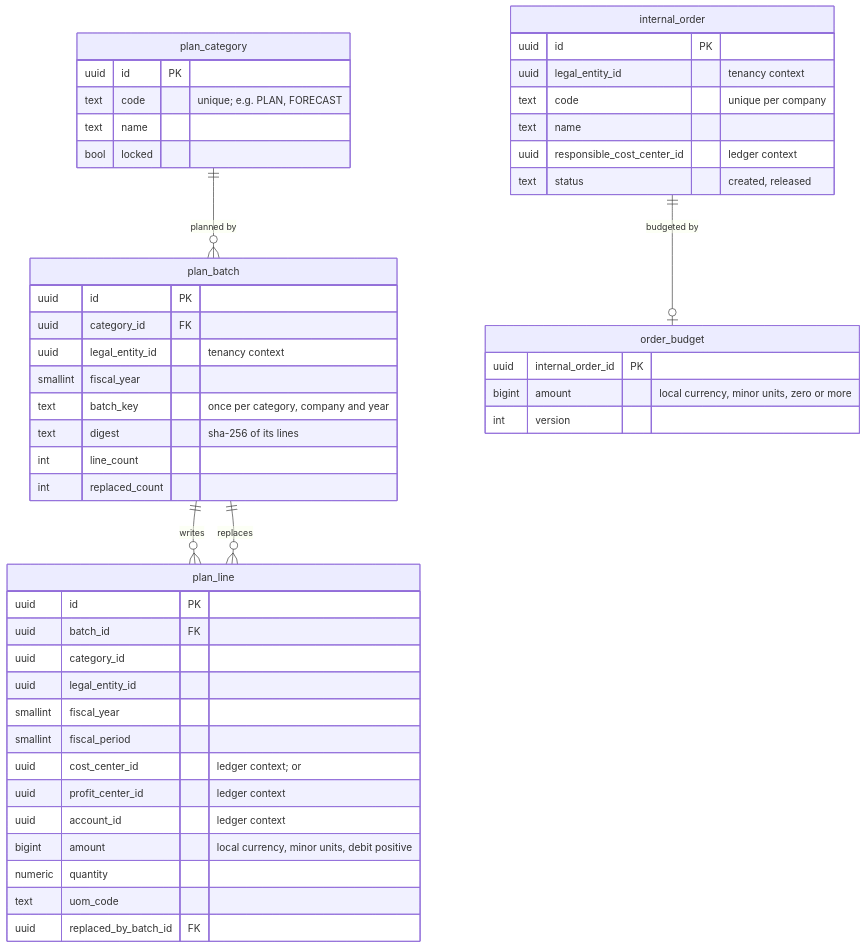
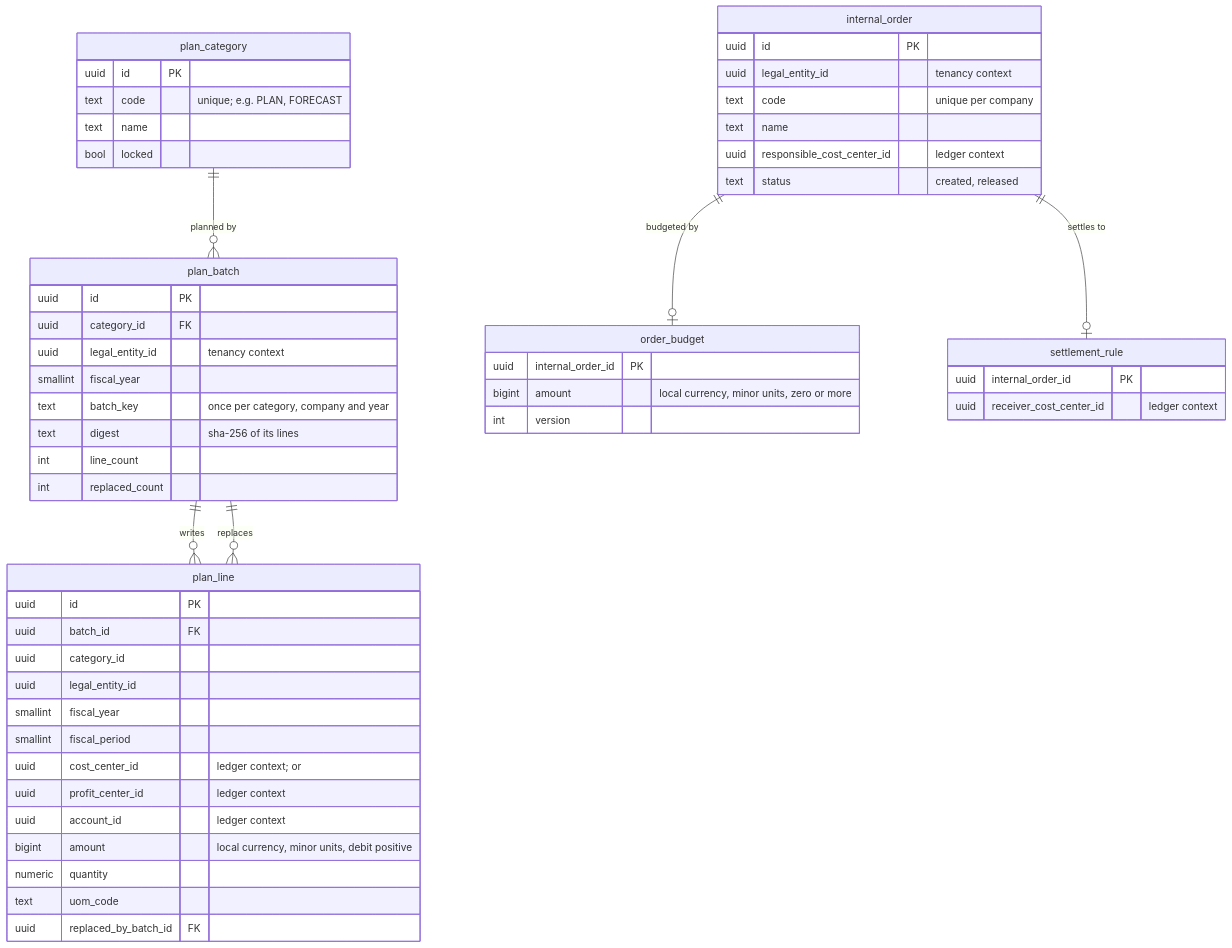
Before and after one commit to mustie7iy/agentic-erp: diagram 11 of 14 in docs/design/03-data-model.md, drawn with Mermaid. The commit also changed other lines of this file and 33 other files, not shown here.

First line of the commit message:
T60d: the settlement rule of an internal order (ADR-0064 §3)

````diff
--- a/docs/design/03-data-model.md
+++ b/docs/design/03-data-model.md
@@ -3363,41 +3364,44 @@
 ```mermaid
 erDiagram
   plan_category ||--o{ plan_batch : "planned by"
   plan_batch ||--o{ plan_line : "writes"
   plan_batch ||--o{ plan_line : "replaces"
   plan_category { uuid id PK
     text code "unique; e.g. PLAN, FORECAST"
     text name
     bool locked }
   plan_batch { uuid id PK
     uuid category_id FK
     uuid legal_entity_id "tenancy context"
     smallint fiscal_year
     text batch_key "once per category, company and year"
     text digest "sha-256 of its lines"
     int line_count
     int replaced_count }
   plan_line { uuid id PK
     uuid batch_id FK
     uuid category_id
     uuid legal_entity_id
     smallint fiscal_year
     smallint fiscal_period
     uuid cost_center_id "ledger context; or"
     uuid profit_center_id "ledger context"
     uuid account_id "ledger context"
     bigint amount "local currency, minor units, debit positive"
     numeric quantity
     text uom_code
     uuid replaced_by_batch_id FK }
   internal_order { uuid id PK
     uuid legal_entity_id "tenancy context"
     text code "unique per company"
     text name
     uuid responsible_cost_center_id "ledger context"
     text status "created, released" }
   internal_order ||--o| order_budget : "budgeted by"
   order_budget { uuid internal_order_id PK
     bigint amount "local currency, minor units, zero or more"
     int version }
+  internal_order ||--o| settlement_rule : "settles to"
+  settlement_rule { uuid internal_order_id PK
+    uuid receiver_cost_center_id "ledger context" }
 ```
````
